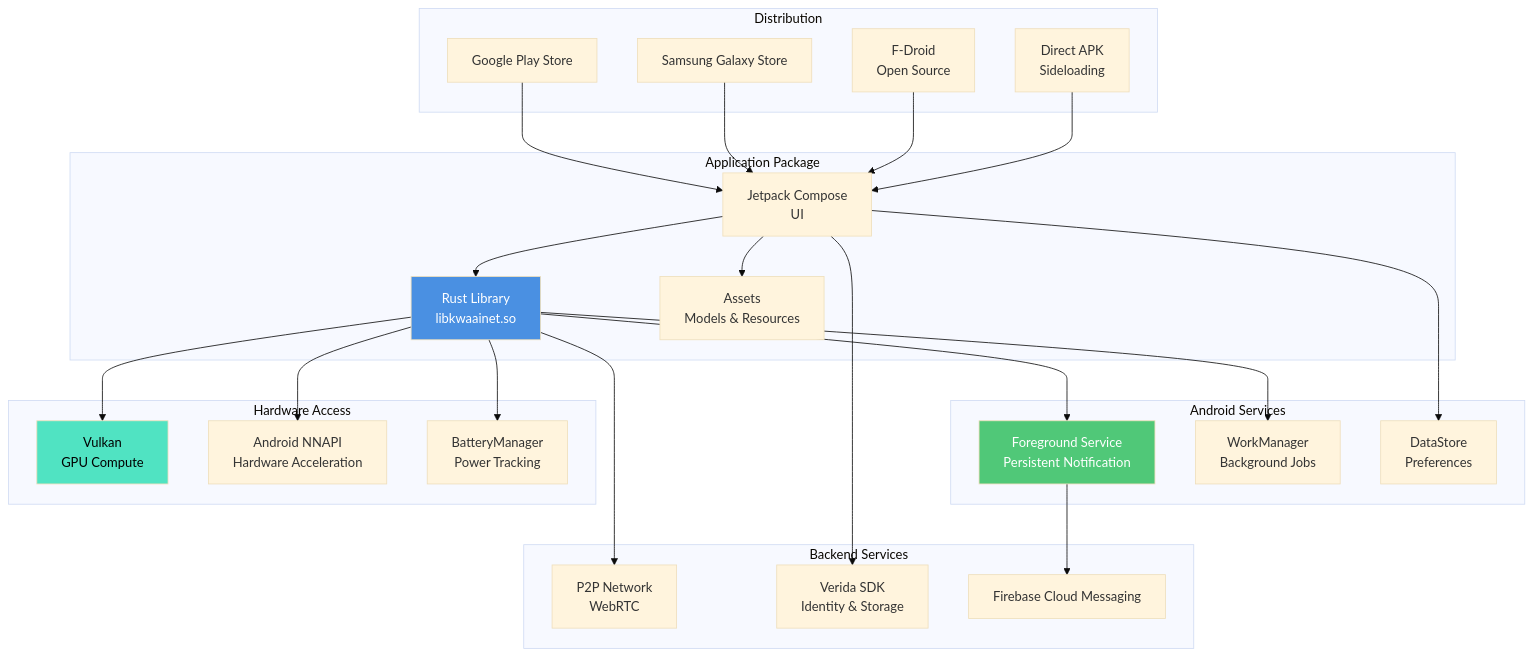
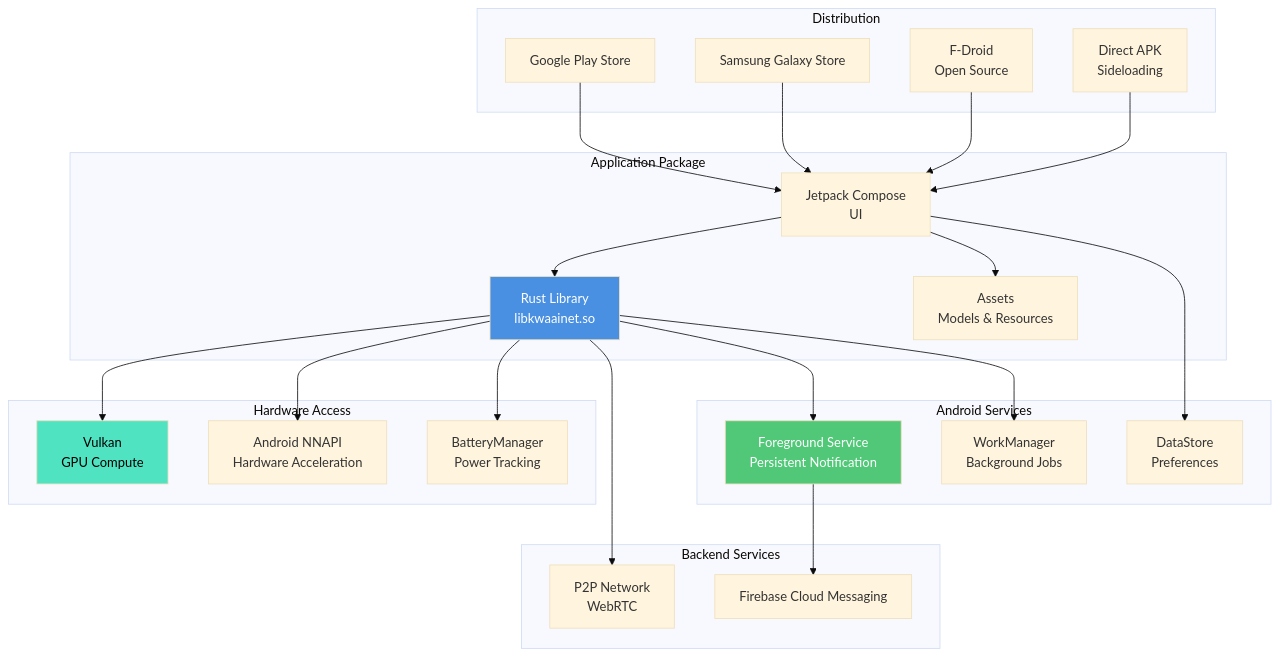
Before and after one commit to Kwaai-AI-Lab/KwaaiNet: the fifth of 17 diagrams in docs/DEPLOYMENT_ARCHITECTURE.md, drawn with Mermaid (base theme). The commit also changed other lines of this file and 28 other files, not shown here.

````diff
--- a/docs/DEPLOYMENT_ARCHITECTURE.md
+++ b/docs/DEPLOYMENT_ARCHITECTURE.md
@@ -279,57 +275,55 @@
 ```mermaid
 graph TB
     subgraph "Distribution"
         PlayStore[Google Play Store]
         GalaxyStore[Samsung Galaxy Store]
         FDroid[F-Droid<br/>Open Source]
         APK[Direct APK<br/>Sideloading]
     end
 
     subgraph "Application Package"
         Compose[Jetpack Compose<br/>UI]
         RustLib[Rust Library<br/>libkwaainet.so]
         Assets[Assets<br/>Models & Resources]
     end
 
     subgraph "Android Services"
         FGService[Foreground Service<br/>Persistent Notification]
         WorkManager[WorkManager<br/>Background Jobs]
         DataStore[DataStore<br/>Preferences]
     end
 
     subgraph "Hardware Access"
         Vulkan[Vulkan<br/>GPU Compute]
         NNAPI[Android NNAPI<br/>Hardware Acceleration]
         BatteryManager[BatteryManager<br/>Power Tracking]
     end
 
     subgraph "Backend Services"
         P2P[P2P Network<br/>WebRTC]
-        Verida[Verida SDK<br/>Identity & Storage]
         FCM[Firebase Cloud Messaging]
     end
 
     PlayStore --> Compose
     GalaxyStore --> Compose
     FDroid --> Compose
     APK --> Compose
 
     Compose --> RustLib
     Compose --> Assets
 
     RustLib --> FGService
     RustLib --> WorkManager
     Compose --> DataStore
 
     RustLib --> Vulkan
     RustLib --> NNAPI
     RustLib --> BatteryManager
 
     RustLib --> P2P
-    Compose --> Verida
     FGService --> FCM
 
     style RustLib fill:#4A90E2,color:#fff
     style FGService fill:#50C878,color:#fff
     style Vulkan fill:#50E3C2,color:#000
 ```
````
